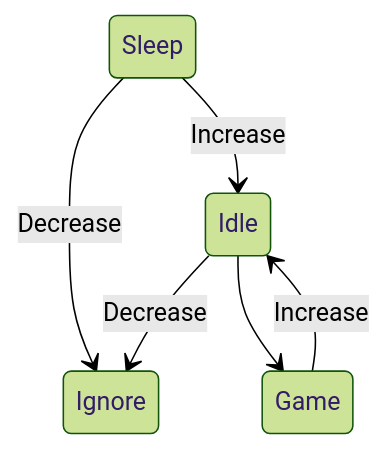
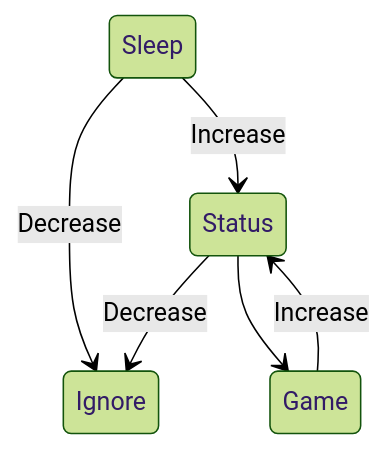
One commit to moore/m8 changed the second of 7 diagrams in README.md. Above: the diagram before and after it, drawn with Mermaid (forest theme). The commit also changed other lines of this file and 10 other files, not shown here.

````diff
--- a/README.md
+++ b/README.md
@@ -17,9 +17,9 @@
 ```mermaid
 stateDiagram
-    Idle --> Ignore: Decrease
+    Status --> Ignore: Decrease
     Sleep --> Ignore: Decrease
-    Sleep --> Idle: Increase
-    Idle --> Game
-    Game --> Idle: Increase
+    Sleep --> Status: Increase
+    Status --> Game
+    Game --> Status: Increase
 
 ```
````
